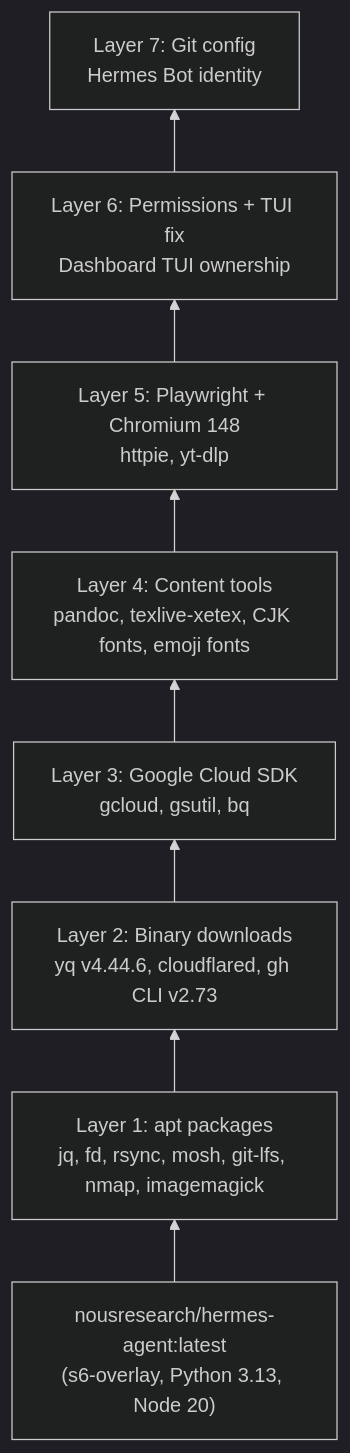
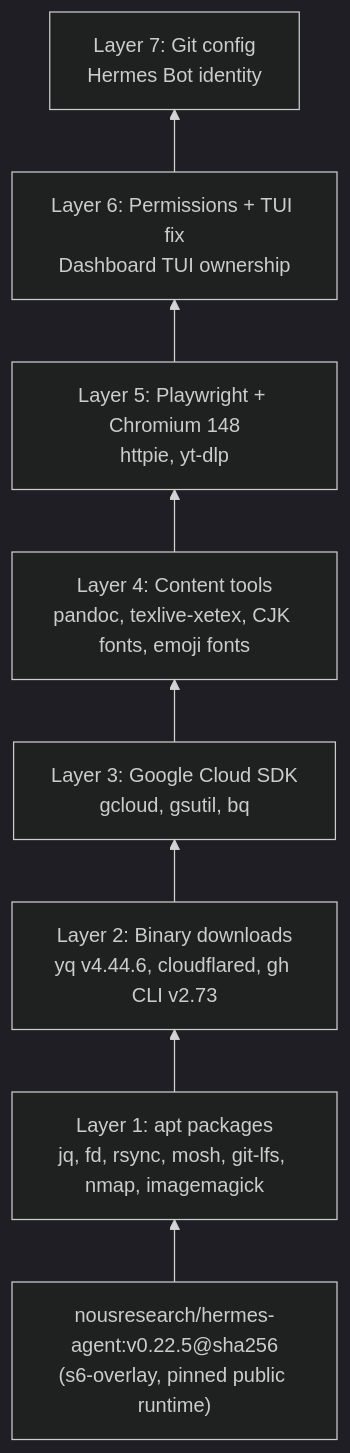
Before and after one commit to WOOWTECH/Woow_k3s_hermes: the fourth of 5 diagrams in README.md, drawn with Mermaid (dark theme). The commit also changed other lines of this file and 22 other files, not shown here.

First line of the commit message:
Align standalone Hermes runtime and plugin sources to 0.22.5 (#6)

````diff
--- a/README.md
+++ b/README.md
@@ -185,13 +185,13 @@
 ```mermaid
 graph BT
-    BASE["nousresearch/hermes-agent:latest<br/>(s6-overlay, Python 3.13, Node 20)"]
+    BASE["nousresearch/hermes-agent:v0.22.5@sha256<br/>(s6-overlay, pinned public runtime)"]
     L1["Layer 1: apt packages<br/>jq, fd, rsync, mosh, git-lfs, nmap, imagemagick"]
     L2["Layer 2: Binary downloads<br/>yq v4.44.6, cloudflared, gh CLI v2.73"]
     L3["Layer 3: Google Cloud SDK<br/>gcloud, gsutil, bq"]
     L4["Layer 4: Content tools<br/>pandoc, texlive-xetex, CJK fonts, emoji fonts"]
     L5["Layer 5: Playwright + Chromium 148<br/>httpie, yt-dlp"]
     L6["Layer 6: Permissions + TUI fix<br/>Dashboard TUI ownership"]
     L7["Layer 7: Git config<br/>Hermes Bot identity"]
 
     BASE --> L1 --> L2 --> L3 --> L4 --> L5 --> L6 --> L7
 ```
````
